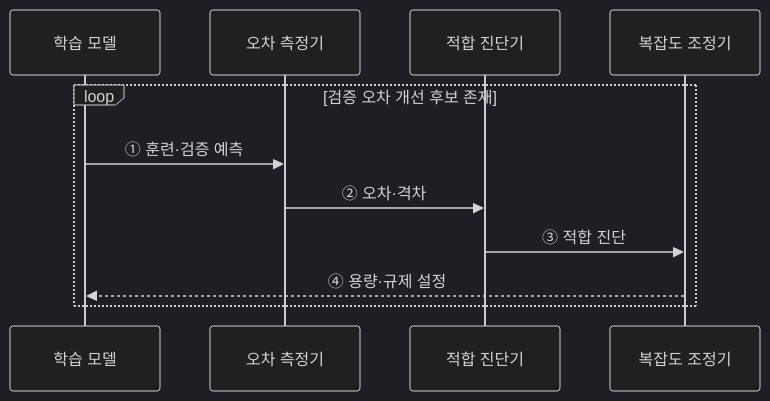
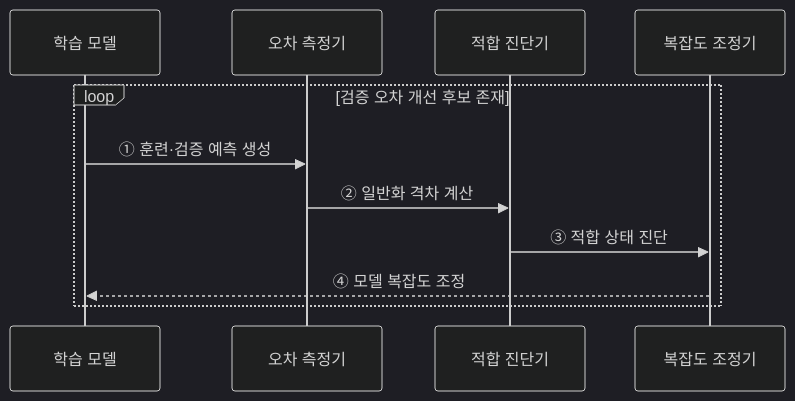
One commit to agnusdei1207/knowledge-base changed the second of 2 diagrams in src/content/docs/notes/01-basic-theory/039_overfitting_bias_variance.md. Above: the diagram before and after it, drawn with Mermaid (dark theme). The commit also changed other lines of this file and 20 other files, not shown here.

````diff
--- a/src/content/docs/notes/01-basic-theory/039_overfitting_bias_variance.md
+++ b/src/content/docs/notes/01-basic-theory/039_overfitting_bias_variance.md
@@ -98,13 +83,13 @@
 ```mermaid
 sequenceDiagram
     participant M as 학습 모델
     participant E as 오차 측정기
     participant D as 적합 진단기
     participant C as 복잡도 조정기
     loop 검증 오차 개선 후보 존재
-        M->>E: ① 훈련·검증 예측
-        E->>D: ② 오차·격차
-        D->>C: ③ 적합 진단
-        C-->>M: ④ 용량·규제 설정
+        M->>E: ① 훈련·검증 예측 생성
+        E->>D: ② 일반화 격차 계산
+        D->>C: ③ 적합 상태 진단
+        C-->>M: ④ 모델 복잡도 조정
     end
 ```
````
